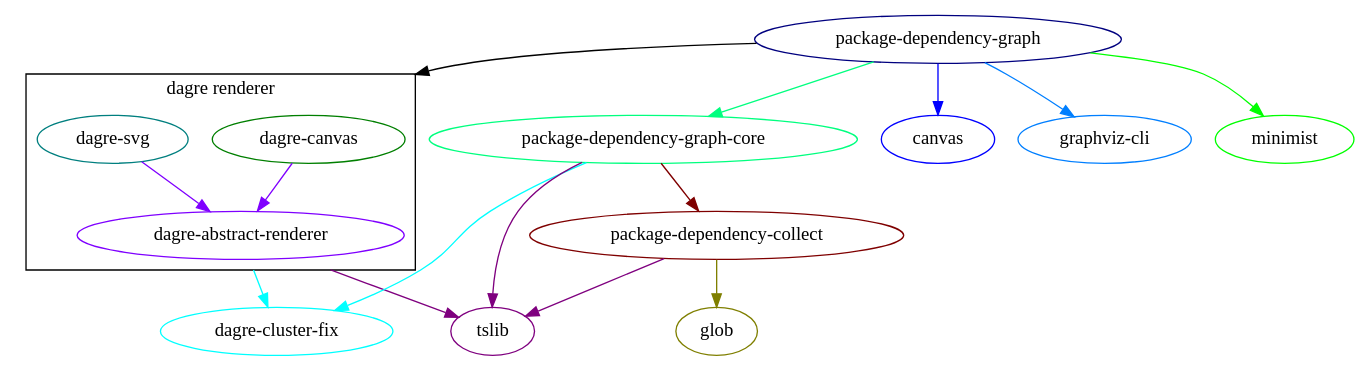
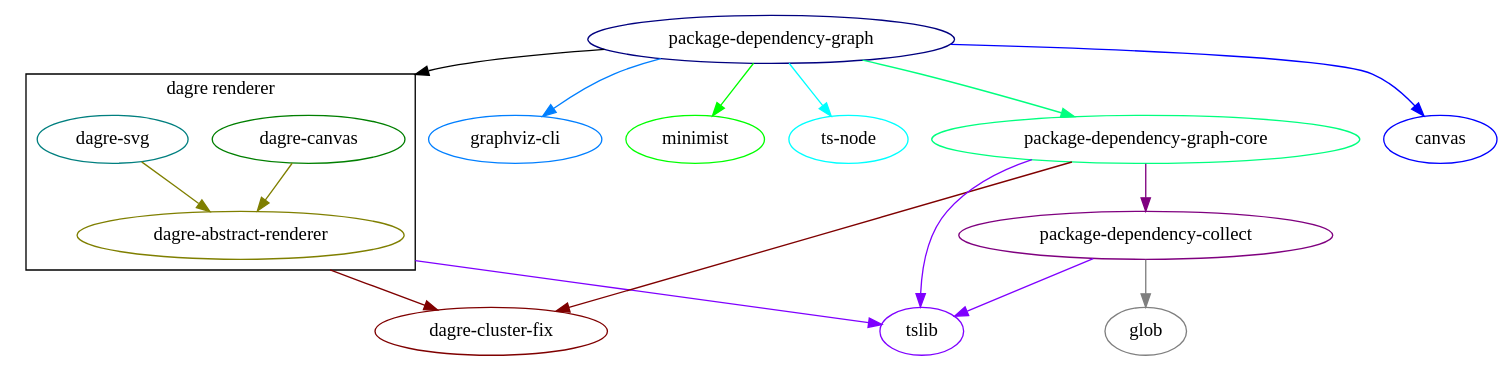
The diagram in spec/result.dot (plantain-00/package-dependency-graph), drawn with Graphviz before and after one commit. The commit also changed 7 other files, not shown here.

Commit message:
fix: fix wrong dot file generation, add ts-node as dependency

```diff
--- a/spec/result.dot
+++ b/spec/result.dot
@@ -1,38 +1,40 @@
 // generated by package-dependency-graph
 digraph {
   graph [compound=true];
   subgraph cluster_dagre_renderer {
     dagre_abstract_renderer dagre_canvas dagre_svg;
 
     label = "dagre renderer";
     color = "#000000";
   }
 
   package_dependency_graph -> canvas[color = "#0000ff"]
   package_dependency_graph -> dagre_canvas[color = "#000000" lhead=cluster_dagre_renderer]
   package_dependency_graph -> graphviz_cli[color = "#007fff"]
   package_dependency_graph -> minimist[color = "#00ff00"]
   package_dependency_graph -> package_dependency_graph_core[color = "#00ff7f"]
-  package_dependency_graph_core -> dagre_cluster_fix[color = "#00ffff"]
-  package_dependency_graph_core -> package_dependency_collect[color = "#7f0000"]
-  package_dependency_graph_core -> tslib[color = "#7f007f"]
-  dagre_abstract_renderer -> dagre_cluster_fix[color = "#00ffff" ltail=cluster_dagre_renderer]
-  dagre_abstract_renderer -> tslib[color = "#7f007f" ltail=cluster_dagre_renderer]
-  dagre_canvas -> dagre_abstract_renderer[color = "#7f00ff"]
-  dagre_svg -> dagre_abstract_renderer[color = "#7f00ff"]
-  package_dependency_collect -> glob[color = "#7f7f00"]
-  package_dependency_collect -> tslib[color = "#7f007f"]
+  package_dependency_graph -> ts_node[color = "#00ffff"]
+  package_dependency_graph_core -> dagre_cluster_fix[color = "#7f0000"]
+  package_dependency_graph_core -> package_dependency_collect[color = "#7f007f"]
+  package_dependency_graph_core -> tslib[color = "#7f00ff"]
+  dagre_abstract_renderer -> dagre_cluster_fix[color = "#7f0000" ltail=cluster_dagre_renderer]
+  dagre_abstract_renderer -> tslib[color = "#7f00ff" ltail=cluster_dagre_renderer]
+  dagre_canvas -> dagre_abstract_renderer[color = "#7f7f00"]
+  dagre_svg -> dagre_abstract_renderer[color = "#7f7f00"]
+  package_dependency_collect -> glob[color = "#7f7f7f"]
+  package_dependency_collect -> tslib[color = "#7f00ff"]
 
   package_dependency_graph[label = "package-dependency-graph", color = "#00007f"]
   canvas[label = "canvas", color = "#0000ff"]
   dagre_canvas[label = "dagre-canvas", color = "#007f00"]
   dagre_svg[label = "dagre-svg", color = "#007f7f"]
   graphviz_cli[label = "graphviz-cli", color = "#007fff"]
   minimist[label = "minimist", color = "#00ff00"]
   package_dependency_graph_core[label = "package-dependency-graph-core", color = "#00ff7f"]
-  dagre_cluster_fix[label = "dagre-cluster-fix", color = "#00ffff"]
-  package_dependency_collect[label = "package-dependency-collect", color = "#7f0000"]
-  tslib[label = "tslib", color = "#7f007f"]
-  dagre_abstract_renderer[label = "dagre-abstract-renderer", color = "#7f00ff"]
-  glob[label = "glob", color = "#7f7f00"]
+  ts_node[label = "ts-node", color = "#00ffff"]
+  dagre_cluster_fix[label = "dagre-cluster-fix", color = "#7f0000"]
+  package_dependency_collect[label = "package-dependency-collect", color = "#7f007f"]
+  tslib[label = "tslib", color = "#7f00ff"]
+  dagre_abstract_renderer[label = "dagre-abstract-renderer", color = "#7f7f00"]
+  glob[label = "glob", color = "#7f7f7f"]
 }
```
